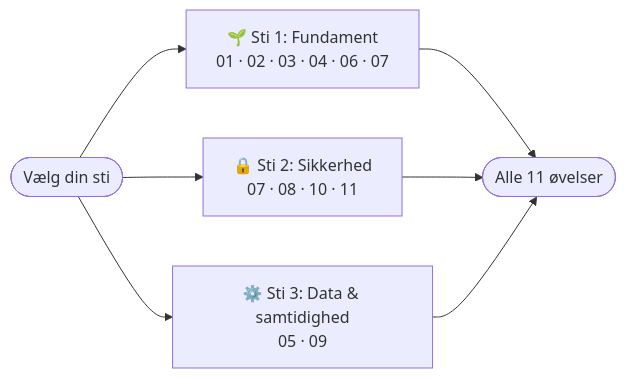
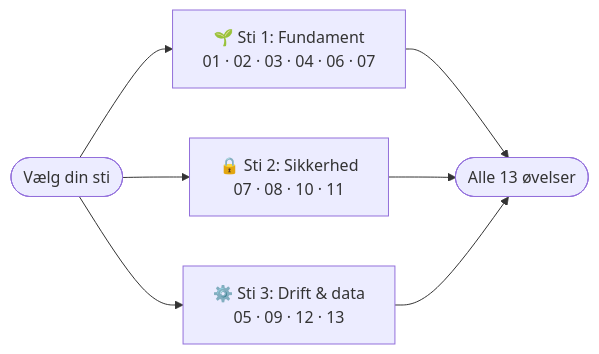
Before and after one commit to andracs/postgres-sec-exercises: the diagram in README.md, drawn with Mermaid. The commit also changed other lines of this file and 14 other files, not shown here.

````diff
--- a/README.md
+++ b/README.md
@@ -29,9 +31,9 @@
 ```mermaid
 flowchart LR
     Start([Vælg din sti]) --> P1["🌱 Sti 1: Fundament<br/>01 · 02 · 03 · 04 · 06 · 07"]
     Start --> P2["🔒 Sti 2: Sikkerhed<br/>07 · 08 · 10 · 11"]
-    Start --> P3["⚙️ Sti 3: Data & samtidighed<br/>05 · 09"]
-    P1 --> Done([Alle 11 øvelser])
+    Start --> P3["⚙️ Sti 3: Drift & data<br/>05 · 09 · 12 · 13"]
+    P1 --> Done([Alle 13 øvelser])
     P2 --> Done
     P3 --> Done
 ```
````
